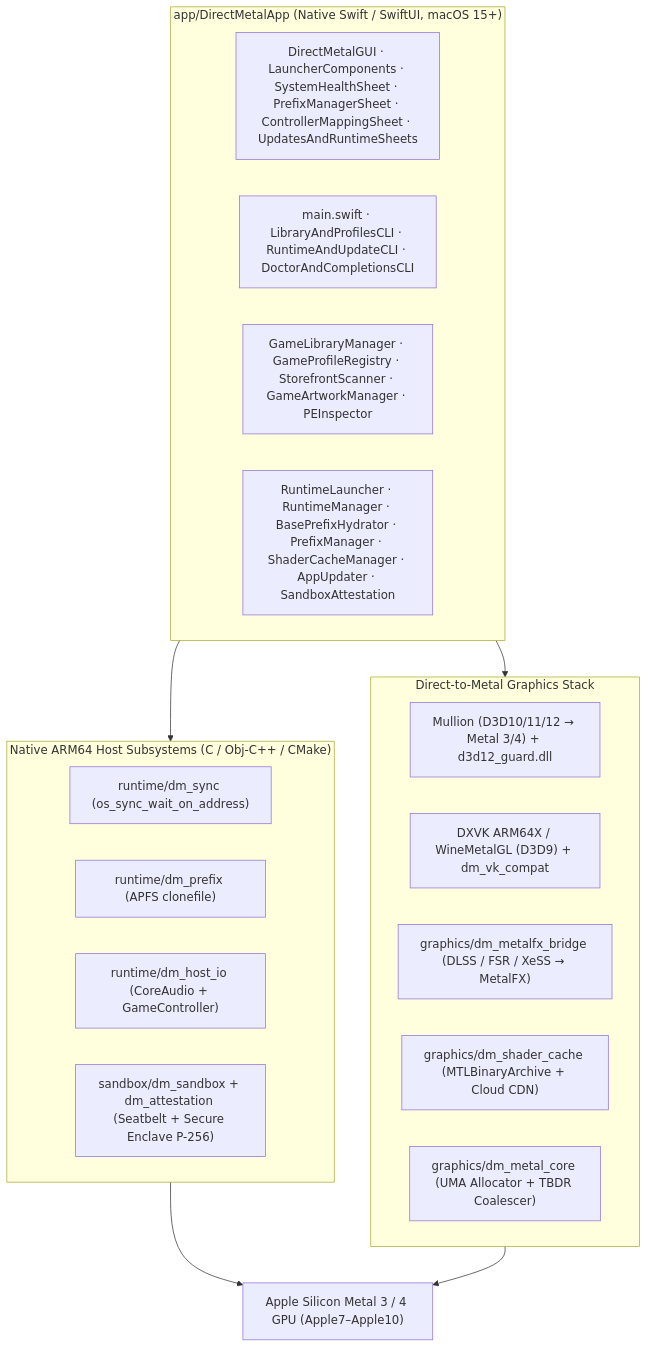
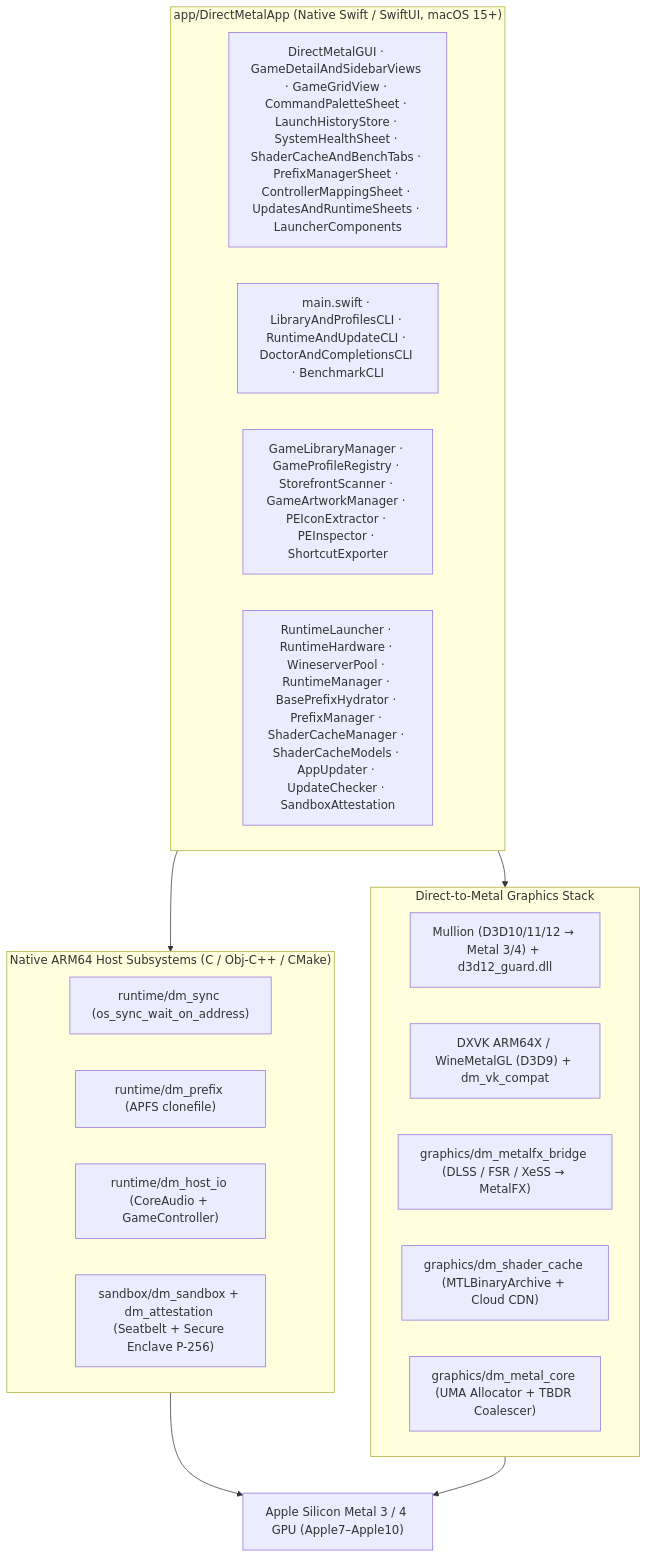
Before and after one commit to amoham42/DirectMetal: the diagram in ARCHITECTURE.md, drawn with Mermaid. The commit also changed other lines of this file and 2 other files, not shown here.

Commit message:
Update README, ROADMAP & ARCHITECTURE for launcher, CLI & test milestones

````diff
--- a/ARCHITECTURE.md
+++ b/ARCHITECTURE.md
@@ -15,29 +15,29 @@
 ```mermaid
 flowchart TB
     subgraph UI["app/DirectMetalApp (Native Swift / SwiftUI, macOS 15+)"]
-        GUI["DirectMetalGUI · LauncherComponents · SystemHealthSheet · PrefixManagerSheet · ControllerMappingSheet · UpdatesAndRuntimeSheets"]
-        CLI["main.swift · LibraryAndProfilesCLI · RuntimeAndUpdateCLI · DoctorAndCompletionsCLI"]
-        CORE["GameLibraryManager · GameProfileRegistry · StorefrontScanner · GameArtworkManager · PEInspector"]
-        SYS["RuntimeLauncher · RuntimeManager · BasePrefixHydrator · PrefixManager · ShaderCacheManager · AppUpdater · SandboxAttestation"]
+        GUI["DirectMetalGUI · GameDetailAndSidebarViews · GameGridView · CommandPaletteSheet · LaunchHistoryStore · SystemHealthSheet · ShaderCacheAndBenchTabs · PrefixManagerSheet · ControllerMappingSheet · UpdatesAndRuntimeSheets · LauncherComponents"]
+        CLI["main.swift · LibraryAndProfilesCLI · RuntimeAndUpdateCLI · DoctorAndCompletionsCLI · BenchmarkCLI"]
+        CORE["GameLibraryManager · GameProfileRegistry · StorefrontScanner · GameArtworkManager · PEIconExtractor · PEInspector · ShortcutExporter"]
+        SYS["RuntimeLauncher · RuntimeHardware · WineserverPool · RuntimeManager · BasePrefixHydrator · PrefixManager · ShaderCacheManager · ShaderCacheModels · AppUpdater · UpdateChecker · SandboxAttestation"]
     end
 
     subgraph HOST["Native ARM64 Host Subsystems (C / Obj-C++ / CMake)"]
         SYNC["runtime/dm_sync (os_sync_wait_on_address)"]
         PFX["runtime/dm_prefix (APFS clonefile)"]
         HIO["runtime/dm_host_io (CoreAudio + GameController)"]
         SB["sandbox/dm_sandbox + dm_attestation (Seatbelt + Secure Enclave P-256)"]
     end
 
     subgraph GFX["Direct-to-Metal Graphics Stack"]
         D3D["Mullion (D3D10/11/12 → Metal 3/4) + d3d12_guard.dll"]
         D9["DXVK ARM64X / WineMetalGL (D3D9) + dm_vk_compat"]
         FX["graphics/dm_metalfx_bridge (DLSS / FSR / XeSS → MetalFX)"]
         SC["graphics/dm_shader_cache (MTLBinaryArchive + Cloud CDN)"]
         MC["graphics/dm_metal_core (UMA Allocator + TBDR Coalescer)"]
     end
 
     UI --> HOST
     UI --> GFX
     HOST --> METAL["Apple Silicon Metal 3 / 4 GPU (Apple7–Apple10)"]
     GFX --> METAL
 ```
````
